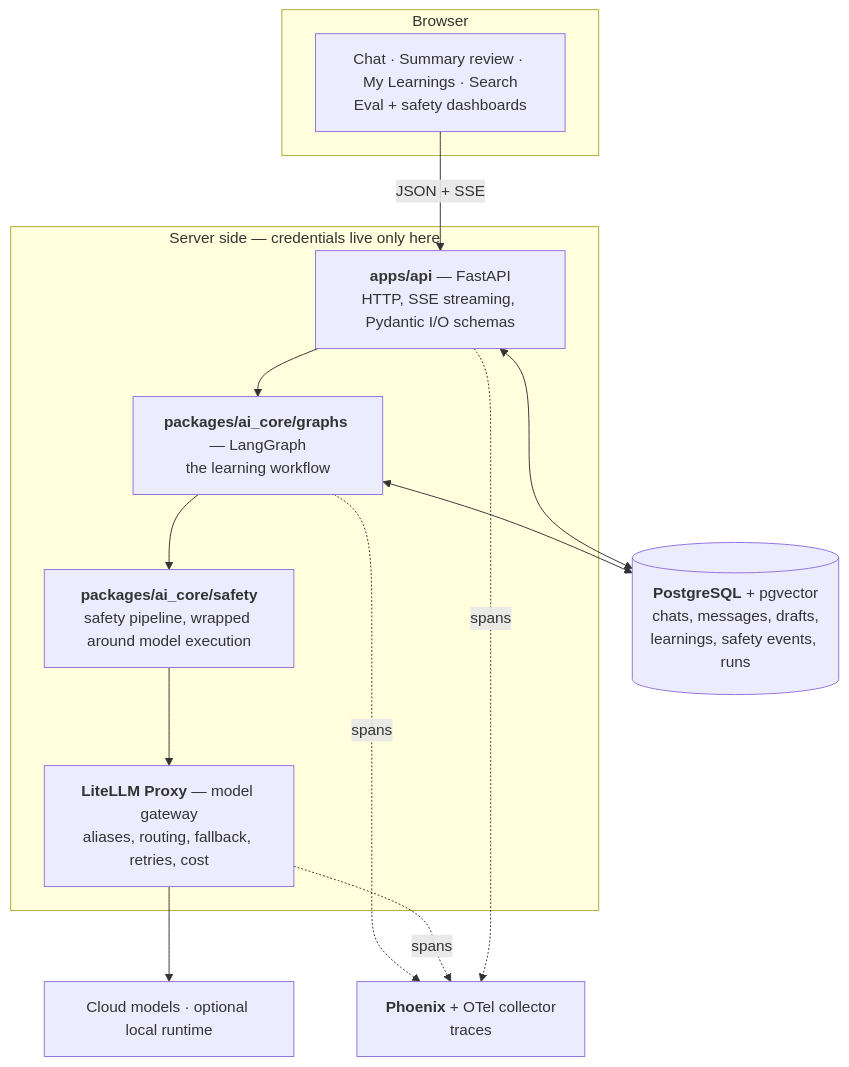
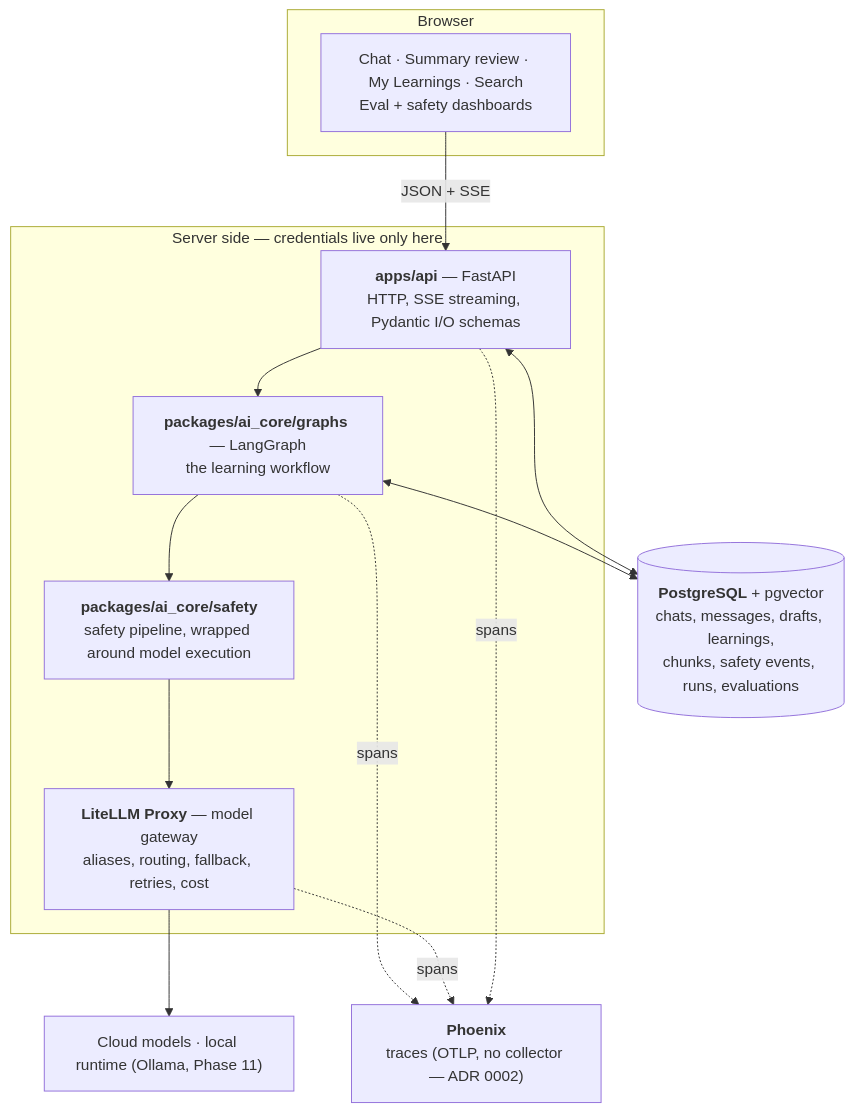
The diagram in docs/ARCHITECTURE.md (amirhosseinsaloot/learn_trail), drawn with Mermaid before and after one commit. The commit also changed other lines of this file, not shown here.

First line of the commit message:
Update ARCHITECTURE.md for the finished 13-phase system

````diff
--- a/docs/ARCHITECTURE.md
+++ b/docs/ARCHITECTURE.md
@@ -48,28 +52,28 @@
 ```mermaid
 flowchart TD
     subgraph client["Browser"]
         ui["Chat · Summary review · My Learnings · Search<br/>Eval + safety dashboards"]
     end
 
     subgraph server["Server side — credentials live only here"]
         api["<b>apps/api</b> — FastAPI<br/>HTTP, SSE streaming, Pydantic I/O schemas"]
         wf["<b>packages/ai_core/graphs</b> — LangGraph<br/>the learning workflow"]
         safety["<b>packages/ai_core/safety</b><br/>safety pipeline, wrapped around model execution"]
         gateway["<b>LiteLLM Proxy</b> — model gateway<br/>aliases, routing, fallback, retries, cost"]
     end
 
-    models["Cloud models · optional local runtime"]
-    db[("<b>PostgreSQL</b> + pgvector<br/>chats, messages, drafts,<br/>learnings, safety events, runs")]
-    obs["<b>Phoenix</b> + OTel collector<br/>traces"]
+    models["Cloud models · local runtime (Ollama, Phase 11)"]
+    db[("<b>PostgreSQL</b> + pgvector<br/>chats, messages, drafts, learnings,<br/>chunks, safety events, runs, evaluations")]
+    obs["<b>Phoenix</b><br/>traces (OTLP, no collector — ADR 0002)"]
 
     ui -->|"JSON + SSE"| api
     api --> wf
     wf --> safety
     safety --> gateway
     gateway --> models
     wf <--> db
     api <--> db
     wf -.->|"spans"| obs
     gateway -.->|"spans"| obs
     api -.->|"spans"| obs
 ```
````
